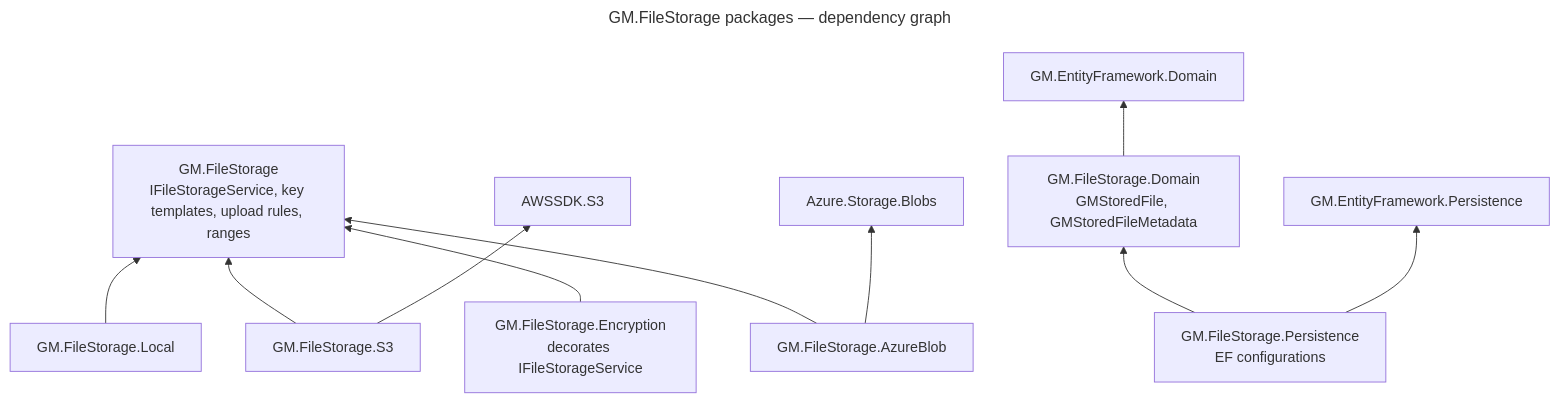
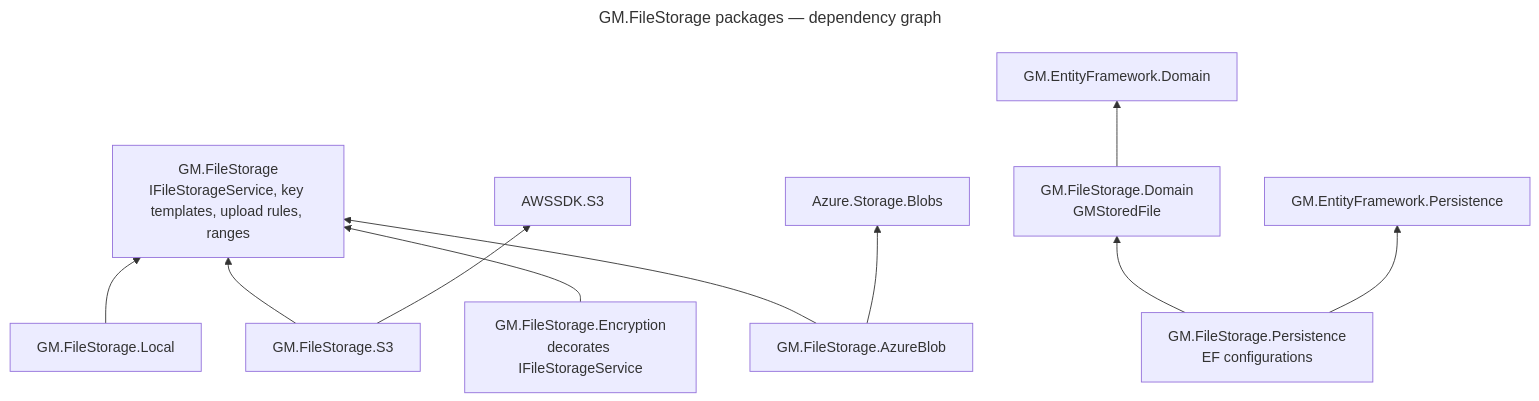
The fourth of 6 diagrams in docs/dependencies.md (gmetskhvarishvili/GM.FileStorage.Samples), drawn with Mermaid before and after one commit. The commit also changed other lines of this file and 27 other files, not shown here.

````diff
--- a/docs/dependencies.md
+++ b/docs/dependencies.md
@@ -150,17 +150,17 @@
 ```mermaid
 ---
 title: GM.FileStorage packages — dependency graph
 ---
 flowchart BT
     fs[GM.FileStorage<br/>IFileStorageService, key templates, upload rules, ranges]
     local[GM.FileStorage.Local] --> fs
     s3[GM.FileStorage.S3] --> fs
     azure[GM.FileStorage.AzureBlob] --> fs
     enc[GM.FileStorage.Encryption<br/>decorates IFileStorageService] --> fs
     s3 --> aws[AWSSDK.S3]
     azure --> blobs[Azure.Storage.Blobs]
 
-    fsDomain[GM.FileStorage.Domain<br/>GMStoredFile, GMStoredFileMetadata] --> efDomain[GM.EntityFramework.Domain]
+    fsDomain[GM.FileStorage.Domain<br/>GMStoredFile] --> efDomain[GM.EntityFramework.Domain]
     fsPers[GM.FileStorage.Persistence<br/>EF configurations] --> fsDomain
     fsPers --> efPers[GM.EntityFramework.Persistence]
 ```
````
